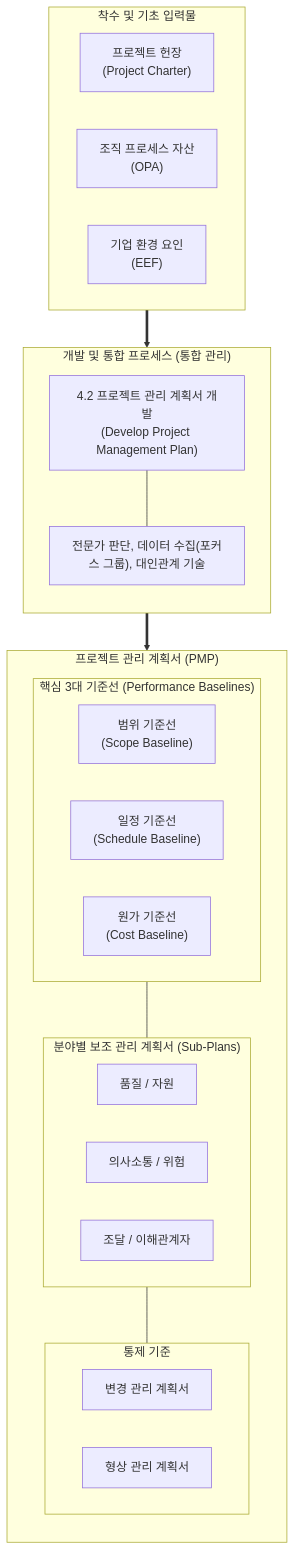
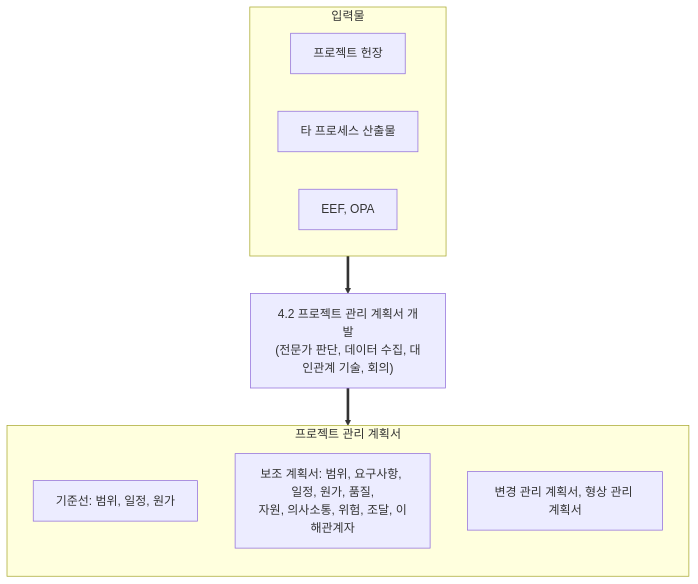
The diagram in content/01_IT Tech/프로젝트 관리 계획서.md (supremethumb/supremethumb.github.io), drawn with Mermaid before and after one commit. The commit also changed other lines of this file and 1087 other files, not shown here.

````diff
--- a/content/01_IT Tech/프로젝트 관리 계획서.md
+++ b/content/01_IT Tech/프로젝트 관리 계획서.md
@@ -28,42 +35,17 @@
 ```mermaid
 flowchart TD
-    subgraph INPUTS["착수 및 기초 입력물"]
+    subgraph IN ["입력물"]
         direction LR
-        CH["프로젝트 헌장<br/>(Project Charter)"]
-        OPA["조직 프로세스 자산<br/>(OPA)"]
-        EEF["기업 환경 요인<br/>(EEF)"]
+        CH["프로젝트 헌장"]
+        OUT["타 프로세스 산출물"]
+        EO["EEF, OPA"]
     end
-
-    subgraph PROCESS["개발 및 통합 프로세스 (통합 관리)"]
+    DEV["4.2 프로젝트 관리 계획서 개발<br/>(전문가 판단, 데이터 수집, 대인관계 기술, 회의)"]
+    subgraph PMP ["프로젝트 관리 계획서"]
         direction TB
-        DEV["4.2 프로젝트 관리 계획서 개발<br/>(Develop Project Management Plan)"]
-        TOOL["전문가 판단, 데이터 수집(포커스 그룹), 대인관계 기술"]
-        DEV --- TOOL
+        BL["기준선: 범위, 일정, 원가"]
+        SP["보조 계획서: 범위, 요구사항, 일정, 원가, 품질,<br/>자원, 의사소통, 위험, 조달, 이해관계자"]
+        CT["변경 관리 계획서, 형상 관리 계획서"]
     end
-
-    subgraph OUTPUTS["프로젝트 관리 계획서 (PMP)"]
-        direction TB
-        subgraph BASELINES["핵심 3대 기준선 (Performance Baselines)"]
-            direction LR
-            B1["범위 기준선<br/>(Scope Baseline)"]
-            B2["일정 기준선<br/>(Schedule Baseline)"]
-            B3["원가 기준선<br/>(Cost Baseline)"]
-        end
-        subgraph SUB_PLANS["분야별 보조 관리 계획서 (Sub-Plans)"]
-            direction LR
-            S1["품질 / 자원"]
-            S2["의사소통 / 위험"]
-            S3["조달 / 이해관계자"]
-        end
-        subgraph CHANGE_CONFIG["통제 기준"]
-            direction LR
-            C1["변경 관리 계획서"]
-            C2["형상 관리 계획서"]
-        end
-        BASELINES --- SUB_PLANS --- CHANGE_CONFIG
-    end
-
-    INPUTS ==> PROCESS
-    PROCESS ==> OUTPUTS
-
+    IN ==> DEV ==> PMP
 ```
````
